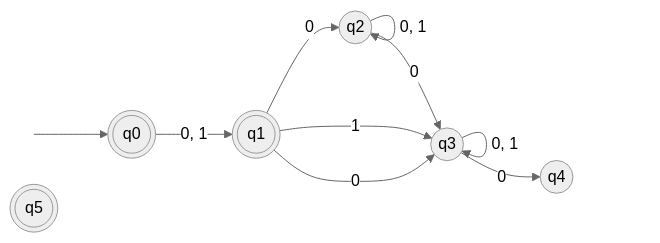
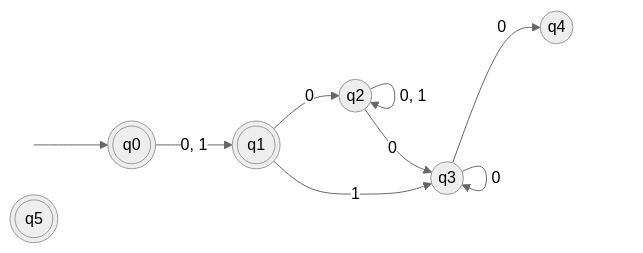
The diagram in sem3/TIN/UE/bf/TI-bf-u04.md (bfeitknecht/vault), drawn with Mermaid (neutral theme) before and after one commit.

Commit message:
backup: 2024-10-15T15:20:07+02:00 from MacBook Pro (echo)
Affected files:
sem3/TIN/UE/bf/TI-bf-u04.md

````diff
--- a/sem3/TIN/UE/bf/TI-bf-u04.md
+++ b/sem3/TIN/UE/bf/TI-bf-u04.md
@@ -17,21 +17,21 @@
 ```mermaid
 flowchart LR
 
 classDef hidden display: none;
 
 S:::hidden
 
 q0(((q0)))
 q1(((q1)))
 q2((q2))
 q3((q3))
 q4((q4))
 q5(((q5)))
 
 S --> q0 -->|"0, 1"| q1
 q1 -->|"0"| q2 -->|"0, 1"| q2
 q1 -->|"1"| q3 -->|"0, 1"| q3
 
-q1 & q2 -->|"0"| q3 -->|"0"| q4
+q2 & q3 -->|"0"| q3 -->|"0"| q4
 
 ```
````
